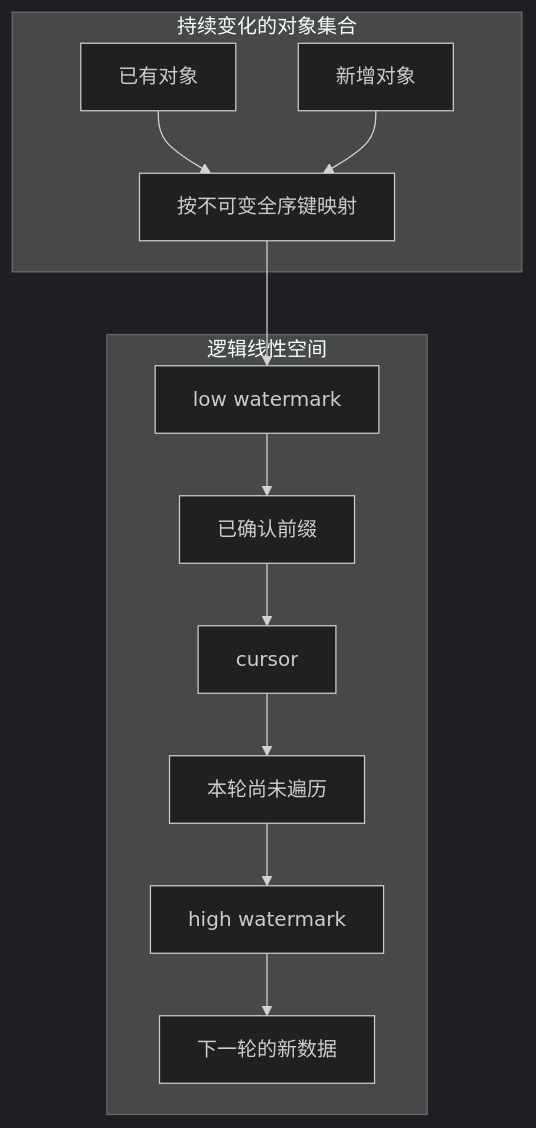
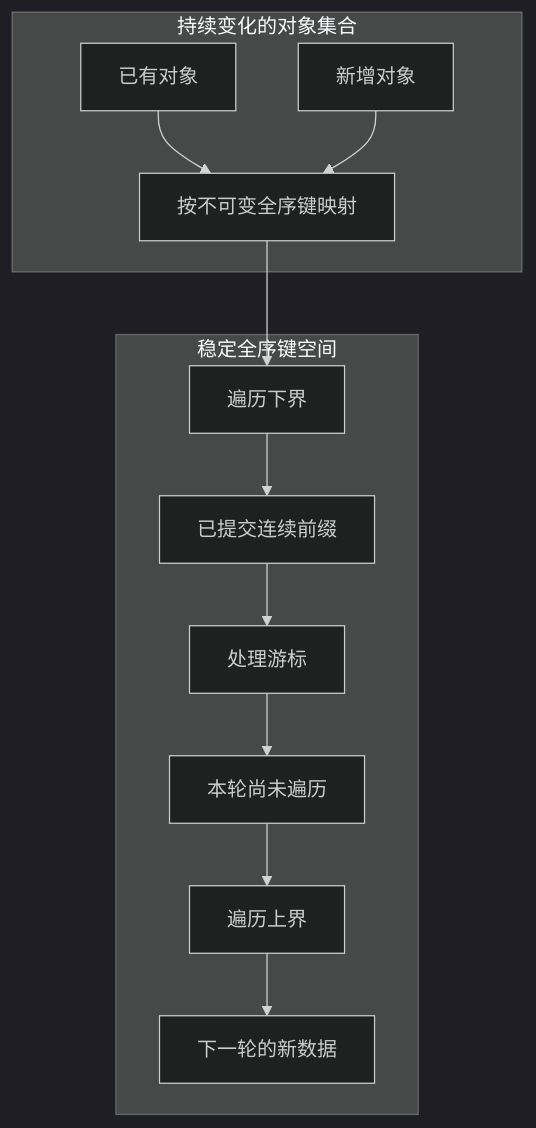
Before and after one commit to tursom/turblog: the first of 2 diagrams in src/content/posts/recoverable-redis-batch-traversal.md, drawn with Mermaid (dark theme). The commit also changed other lines of this file, not shown here.

````diff
--- a/src/content/posts/recoverable-redis-batch-traversal.md
+++ b/src/content/posts/recoverable-redis-batch-traversal.md
@@ -51,17 +51,17 @@
 ```mermaid
 flowchart TB
   subgraph Source[持续变化的对象集合]
     A[已有对象] --> M[按不可变全序键映射]
     B[新增对象] --> M
   end
 
-  subgraph Line[逻辑线性空间]
-    L[low watermark] --> P1[已确认前缀]
-    P1 --> C[cursor]
+  subgraph Line[稳定全序键空间]
+    L[遍历下界] --> P1[已提交连续前缀]
+    P1 --> C[处理游标]
     C --> P2[本轮尚未遍历]
-    P2 --> H[high watermark]
+    P2 --> H[遍历上界]
     H --> N[下一轮的新数据]
   end
 
   M --> L
 ```
````
